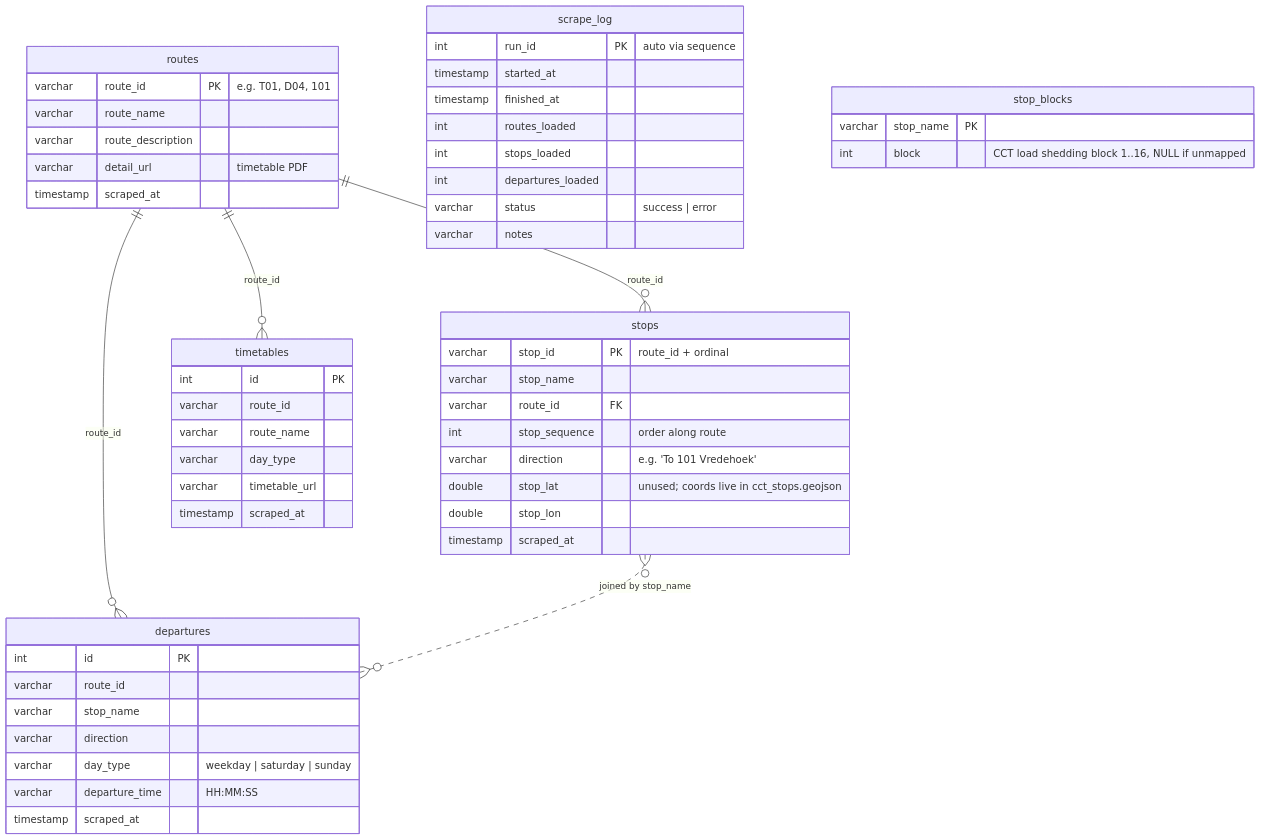
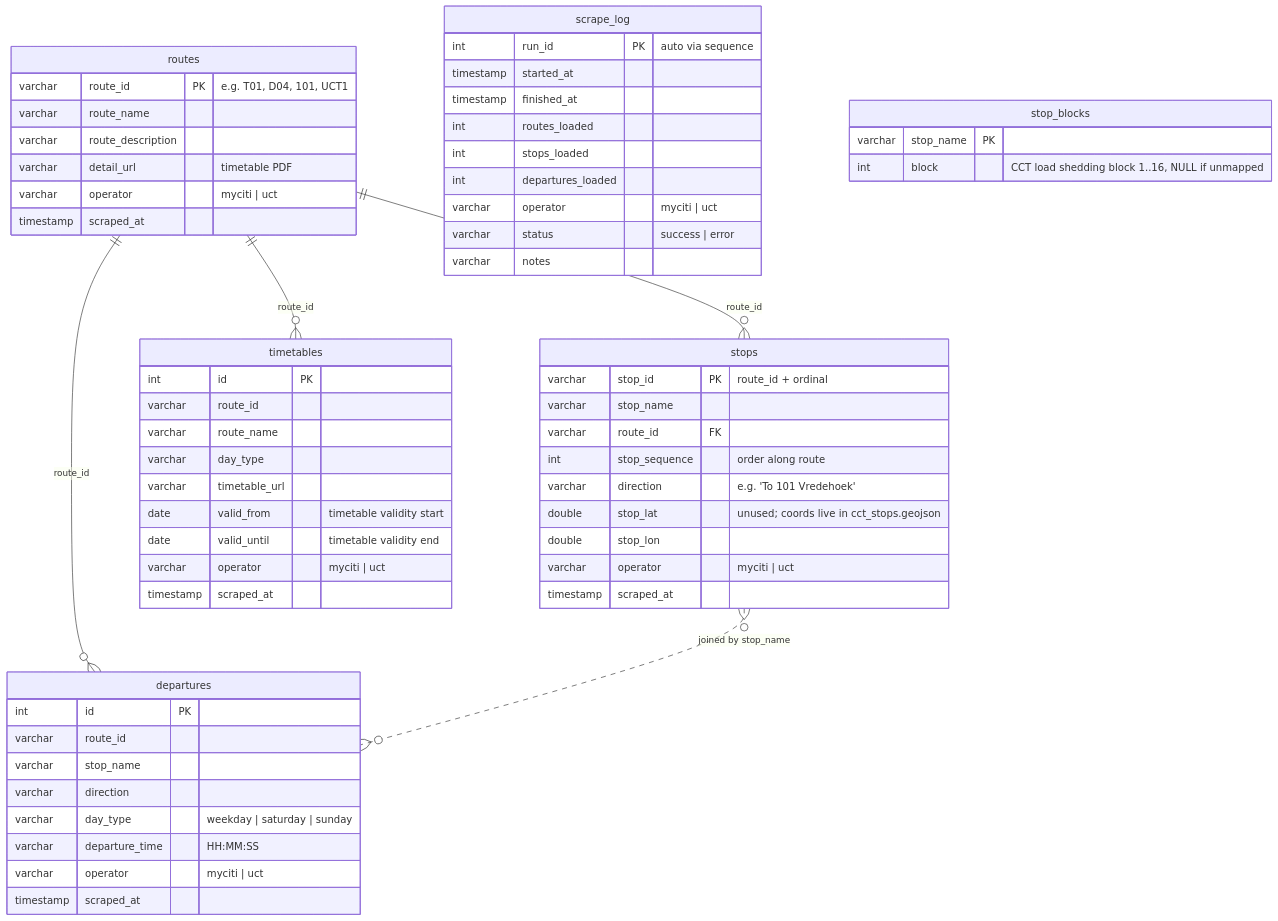
Before and after one commit to Vambane/mycity-bus-schedule: the diagram in README.md, drawn with Mermaid. The commit also changed other lines of this file and 1 other file, not shown here.

First line of the commit message:
docs: update README for multi-operator, add UCT_INTEGRATION.md

````diff
--- a/README.md
+++ b/README.md
@@ -75,56 +82,63 @@
 ```mermaid
 erDiagram
     routes ||--o{ stops : "route_id"
     routes ||--o{ departures : "route_id"
     routes ||--o{ timetables : "route_id"
     stops }o..o{ departures : "joined by stop_name"
 
     routes {
-        varchar route_id PK "e.g. T01, D04, 101"
+        varchar route_id PK "e.g. T01, D04, 101, UCT1"
         varchar route_name
         varchar route_description
         varchar detail_url "timetable PDF"
+        varchar operator "myciti | uct"
         timestamp scraped_at
     }
     stops {
         varchar stop_id PK "route_id + ordinal"
         varchar stop_name
         varchar route_id FK
         int stop_sequence "order along route"
         varchar direction "e.g. 'To 101 Vredehoek'"
         double stop_lat "unused; coords live in cct_stops.geojson"
         double stop_lon
+        varchar operator "myciti | uct"
         timestamp scraped_at
     }
     departures {
         int id PK
         varchar route_id
         varchar stop_name
         varchar direction
         varchar day_type "weekday | saturday | sunday"
         varchar departure_time "HH:MM:SS"
+        varchar operator "myciti | uct"
         timestamp scraped_at
     }
     timetables {
         int id PK
         varchar route_id
         varchar route_name
         varchar day_type
         varchar timetable_url
+        date valid_from "timetable validity start"
+        date valid_until "timetable validity end"
+        varchar operator "myciti | uct"
         timestamp scraped_at
     }
     scrape_log {
         int run_id PK "auto via sequence"
         timestamp started_at
         timestamp finished_at
         int routes_loaded
         int stops_loaded
         int departures_loaded
+        varchar operator "myciti | uct"
         varchar status "success | error"
         varchar notes
     }
     stop_blocks {
         varchar stop_name PK
         int block "CCT load shedding block 1..16, NULL if unmapped"
     }
 ```
````
